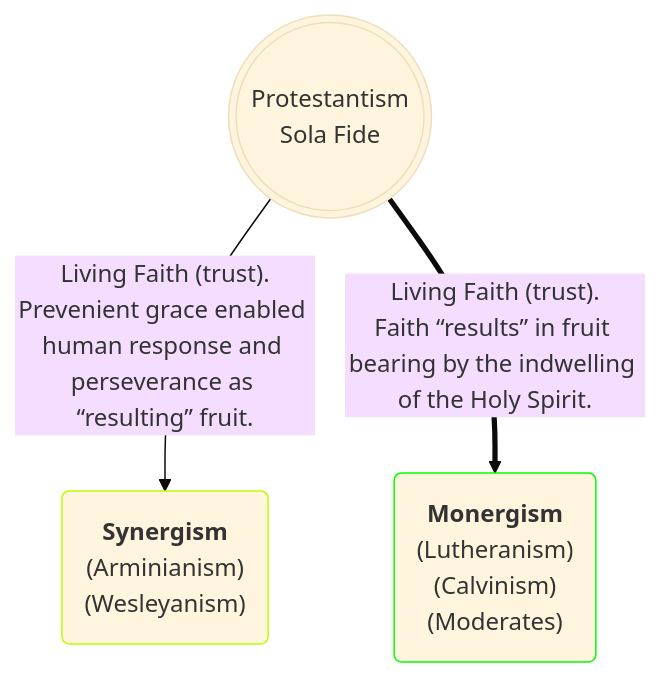
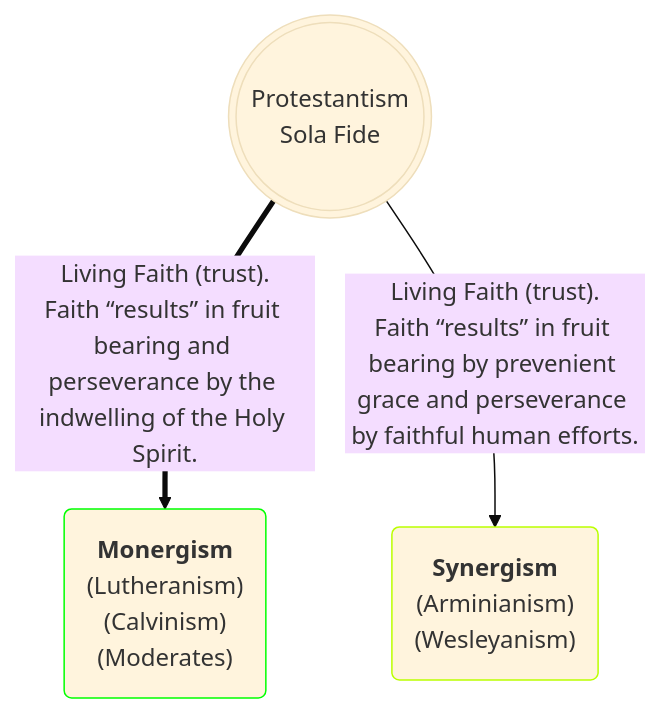
Before and after one commit to OrdoLuminis/ordoluminis.github.io: the second of 2 diagrams in _posts/2025-08-03-historic-protestant-position.markdown, drawn with Mermaid (base theme). The commit also changed other lines of this file, not shown here.

````diff
--- a/_posts/2025-08-03-historic-protestant-position.markdown
+++ b/_posts/2025-08-03-historic-protestant-position.markdown
@@ -100,8 +100,8 @@
 ```mermaid
 flowchart TD
     A(((Protestantism<br>Sola Fide)))
-    A -->|Living Faith &lpar;trust&rpar;.<br>Prevenient grace enabled human response and perseverance as &ldquo;resulting&rdquo; fruit.| H(<strong>Synergism</strong><br>&lpar;Arminianism&rpar;<br>&lpar;Wesleyanism&rpar;):::lightgreen
-    A ==>|Living Faith &lpar;trust&rpar;.<br>Faith &ldquo;results&rdquo; in fruit bearing by the indwelling of the Holy Spirit.| I(<strong>Monergism</strong><br>&lpar;Lutheranism&rpar;<br>&lpar;Calvinism&rpar;<br>&lpar;Moderates&rpar;):::green
+    A ==>|Living Faith &lpar;trust&rpar;.<br>Faith &ldquo;results&rdquo; in fruit bearing and perseverance by the indwelling of the Holy Spirit.| E(<strong>Monergism</strong><br>&lpar;Lutheranism&rpar;<br>&lpar;Calvinism&rpar;<br>&lpar;Moderates&rpar;):::green
+    A -->|Living Faith &lpar;trust&rpar;.<br>Faith &ldquo;results&rdquo; in fruit bearing by prevenient grace and perseverance by faithful human efforts.| F(<strong>Synergism</strong><br>&lpar;Arminianism&rpar;<br>&lpar;Wesleyanism&rpar;):::lightgreen
     classDef green stroke:#0f0
     classDef lightgreen stroke:#Bf0
 ```
````
